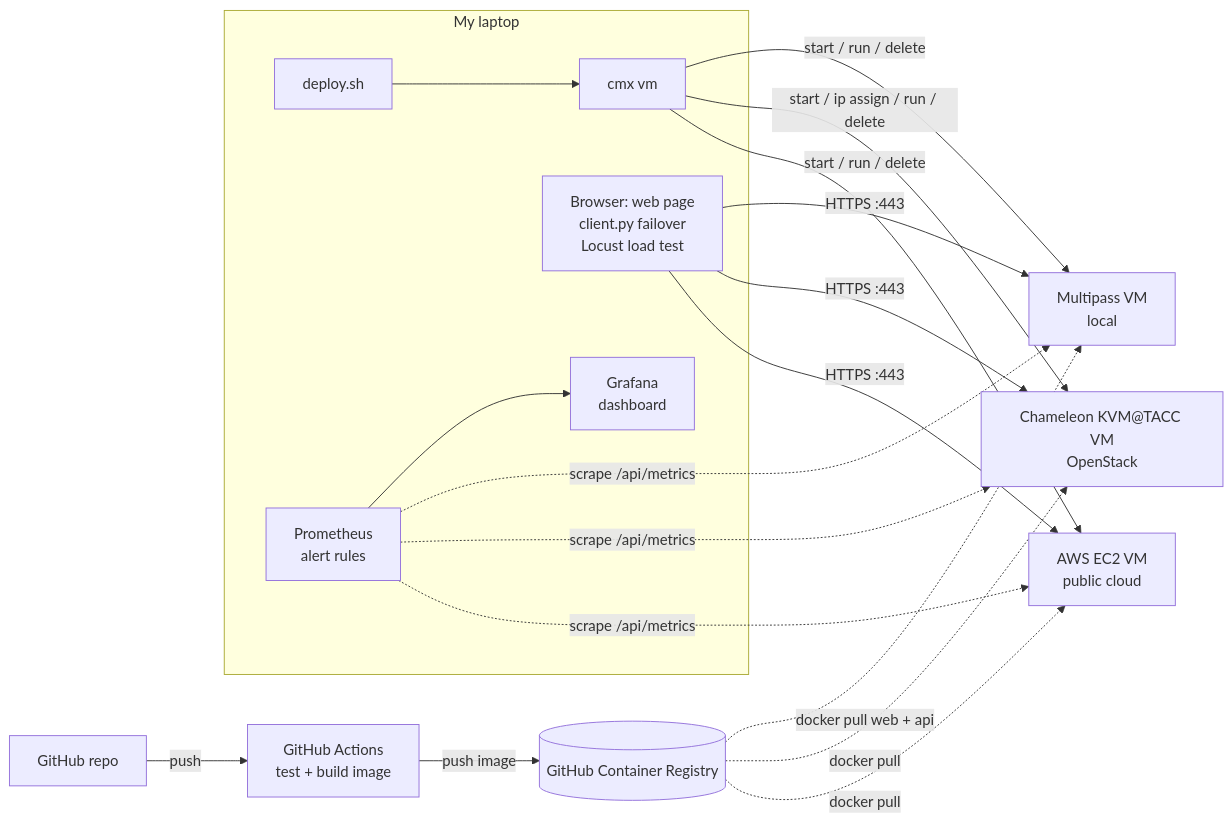
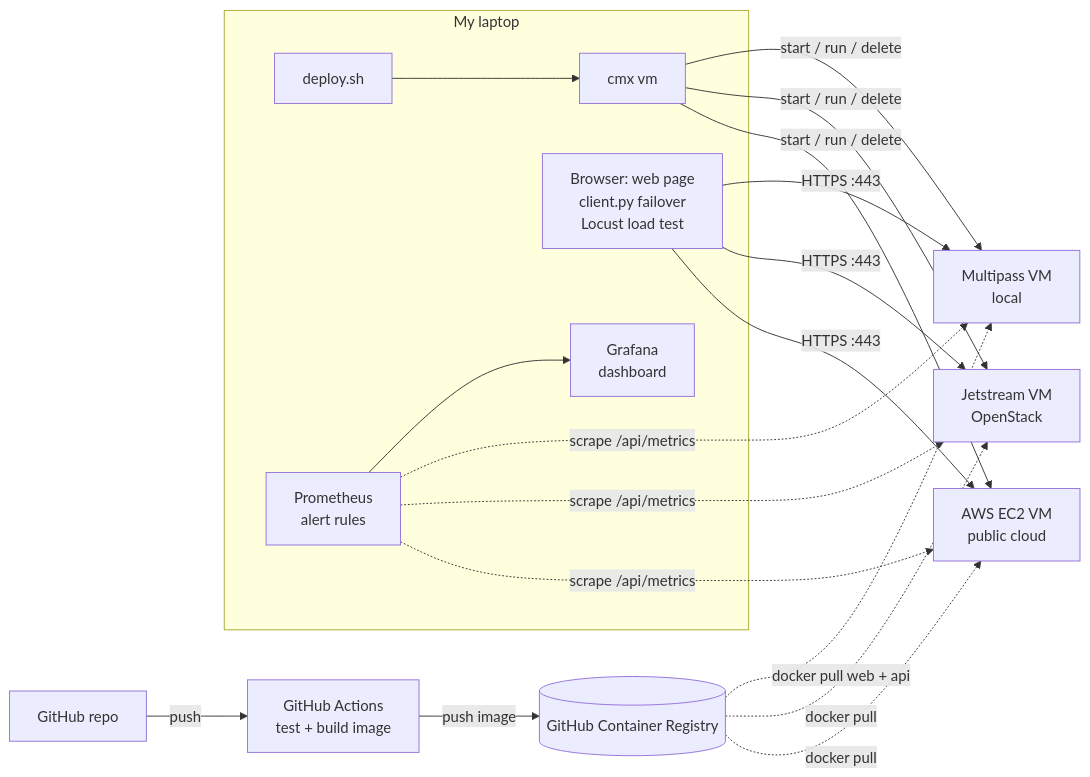
Before and after one commit to cloudmesh-ai-luc/shabbir04: the first of 2 diagrams in docs/project/project.md, drawn with Mermaid. The commit also changed other lines of this file and 1 other file, not shown here.

Commit message:
docs(project): Jetstream instead of Chameleon, deploy commands and first Jetstream results

````diff
--- a/docs/project/project.md
+++ b/docs/project/project.md
@@ -114,22 +114,22 @@
 ```mermaid
 flowchart LR
     GH[GitHub repo] -->|push| CI[GitHub Actions<br/>test + build image]
     CI -->|push image| REG[(GitHub Container Registry)]
     subgraph LAPTOP[My laptop]
         DEP[deploy.sh] --> CMX[cmx vm]
         CL[Browser: web page<br/>client.py failover<br/>Locust load test]
         PROM[Prometheus<br/>alert rules] --> GRAF[Grafana<br/>dashboard]
     end
     CMX -->|start / run / delete| MP[Multipass VM<br/>local]
-    CMX -->|start / ip assign / run / delete| CH[Chameleon KVM@TACC VM<br/>OpenStack]
+    CMX -->|start / run / delete| CH[Jetstream VM<br/>OpenStack]
     CMX -->|start / run / delete| AWS[AWS EC2 VM<br/>public cloud]
     REG -. docker pull web + api .-> MP
     REG -. docker pull .-> CH
     REG -. docker pull .-> AWS
     CL -->|HTTPS :443| MP
     CL -->|HTTPS :443| CH
     CL -->|HTTPS :443| AWS
     PROM -. scrape /api/metrics .-> MP
     PROM -. scrape /api/metrics .-> CH
     PROM -. scrape /api/metrics .-> AWS
 ```
````
